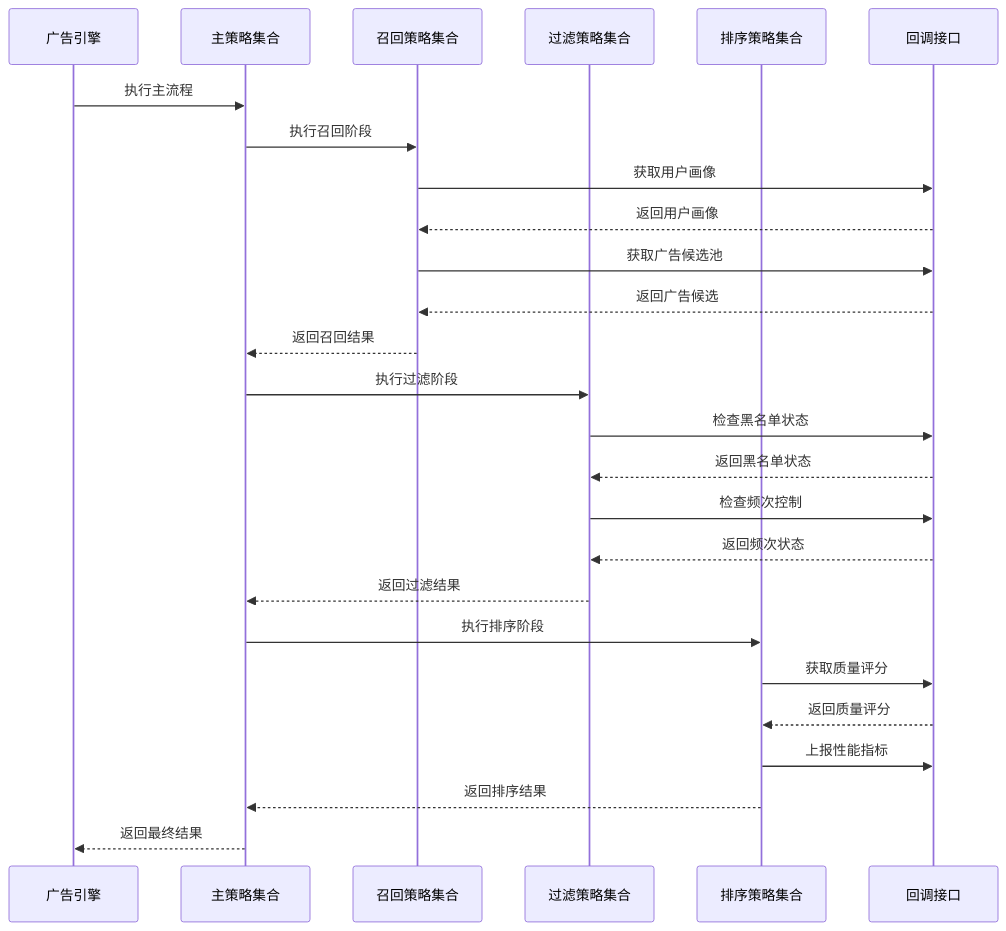
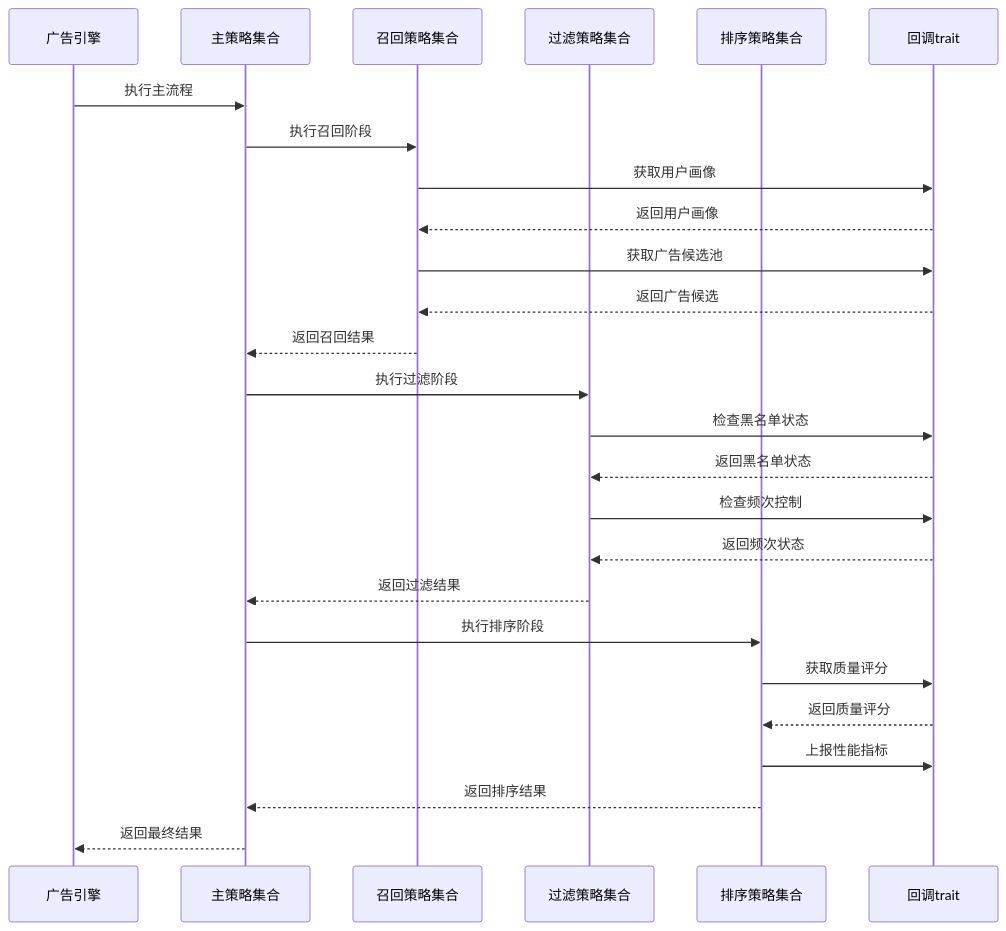
The ninth of 12 diagrams in docs_TecDesign/广告投放引擎/广告引擎抽象层设计.md (lornshrimp/Lorn.ADSP.Rust), drawn with Mermaid before and after one commit. The commit also changed other lines of this file and 3 other files, not shown here.

````diff
--- a/docs_TecDesign/广告投放引擎/广告引擎抽象层设计.md
+++ b/docs_TecDesign/广告投放引擎/广告引擎抽象层设计.md
@@ -904,34 +973,34 @@
 ```mermaid
 sequenceDiagram
     participant Engine as 广告引擎
     participant MainCollection as 主策略集合
     participant RecallCollection as 召回策略集合
     participant FilterCollection as 过滤策略集合
     participant RankCollection as 排序策略集合
-    participant Callback as 回调接口
+    participant Callback as 回调trait
     
     Engine->>MainCollection: 执行主流程
     MainCollection->>RecallCollection: 执行召回阶段
     
     RecallCollection->>Callback: 获取用户画像
     Callback-->>RecallCollection: 返回用户画像
     RecallCollection->>Callback: 获取广告候选池
     Callback-->>RecallCollection: 返回广告候选
     RecallCollection-->>MainCollection: 返回召回结果
     
     MainCollection->>FilterCollection: 执行过滤阶段
     FilterCollection->>Callback: 检查黑名单状态
     Callback-->>FilterCollection: 返回黑名单状态
     FilterCollection->>Callback: 检查频次控制
     Callback-->>FilterCollection: 返回频次状态
     FilterCollection-->>MainCollection: 返回过滤结果
     
     MainCollection->>RankCollection: 执行排序阶段
     RankCollection->>Callback: 获取质量评分
     Callback-->>RankCollection: 返回质量评分
     RankCollection->>Callback: 上报性能指标
     RankCollection-->>MainCollection: 返回排序结果
     
     MainCollection-->>Engine: 返回最终结果
 
 ```
````
